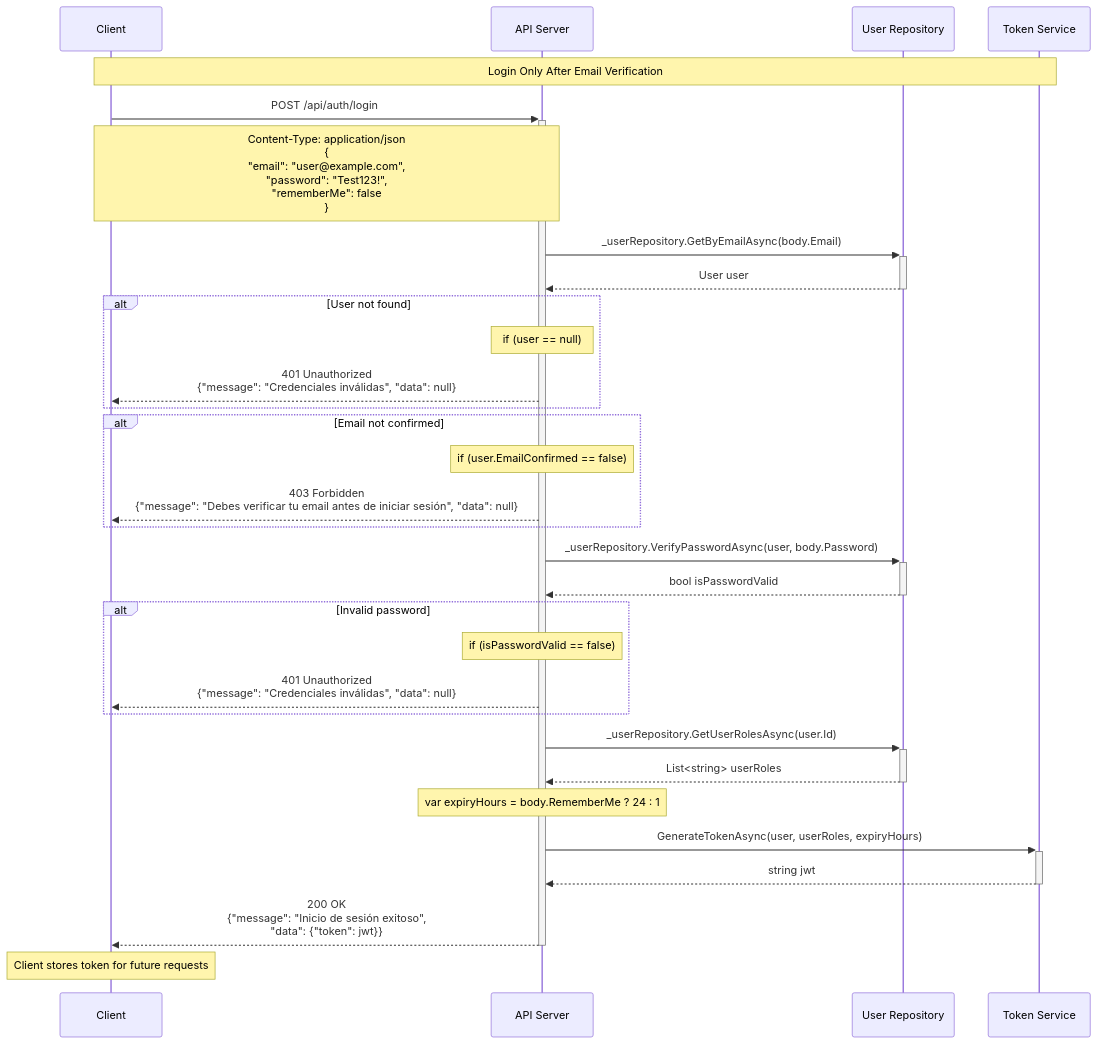
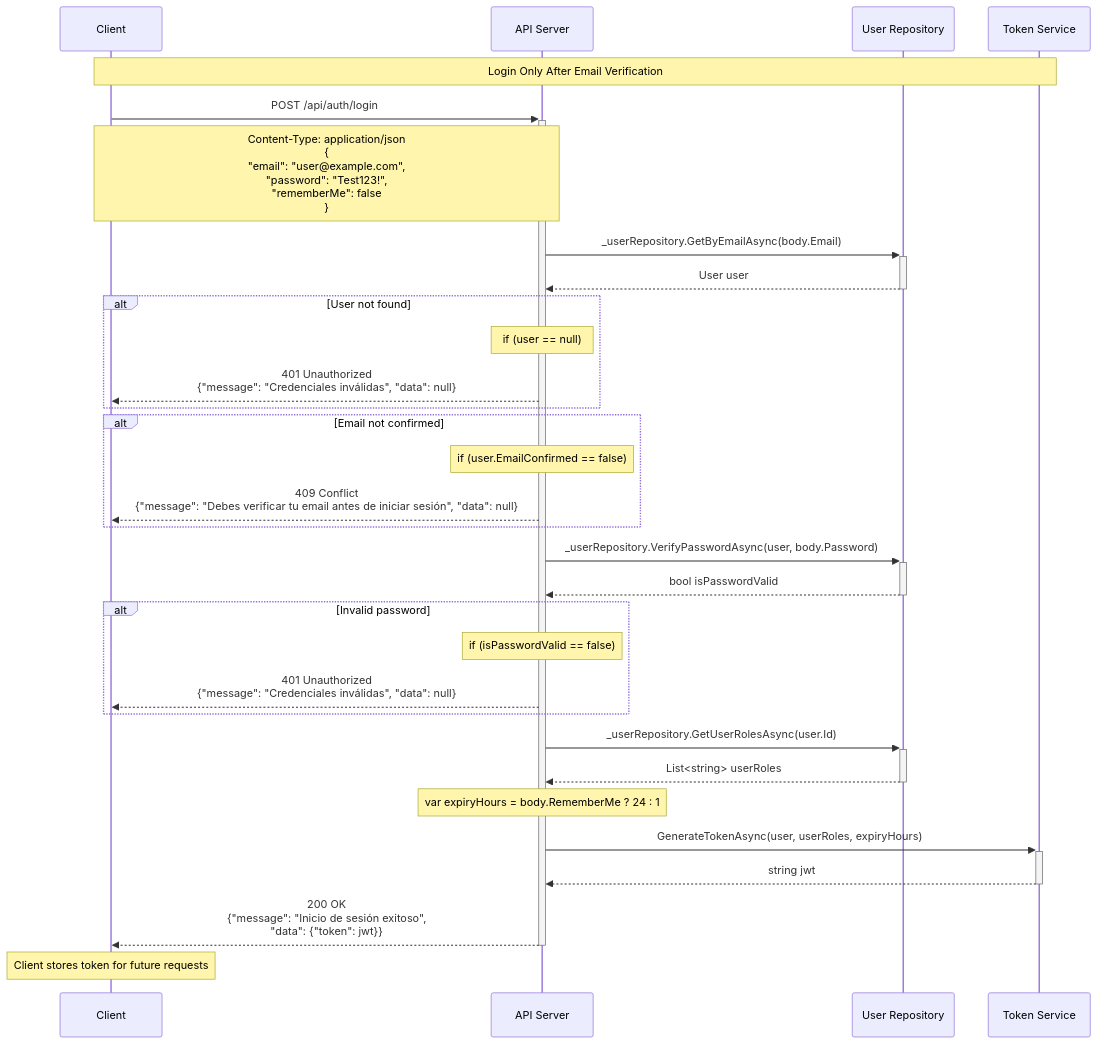
The diagram in Docs/Auth/4_Login.md (JorgeRiveraMancilla/idwm-backend), drawn with Mermaid before and after one commit.

Commit message:
docs(auth): change login response code from 401 to 409 for unverified email

````diff
--- a/Docs/Auth/4_Login.md
+++ b/Docs/Auth/4_Login.md
@@ -1,45 +1,46 @@
 ```mermaid
 sequenceDiagram
     participant C as Client
     participant API as API Server
     participant UR as User Repository
     participant JWT as Token Service
 
     Note over C,JWT: Login Only After Email Verification
 
     C->>+API: POST /api/auth/login
     Note over C,API: Content-Type: application/json<br/>{<br/>"email": "user@example.com",<br/>"password": "Test123!",<br/>"rememberMe": false<br/>}
 
     API->>+UR: _userRepository.GetByEmailAsync(body.Email)
     UR-->>-API: User user
 
     alt User not found
         Note over API: if (user == null)
         API-->>C: 401 Unauthorized<br/>{"message": "Credenciales inválidas", "data": null}
     end
 
     alt Email not confirmed
         Note over API: if (user.EmailConfirmed == false)
-        API-->>C: 403 Forbidden<br/>{"message": "Debes verificar tu email antes de iniciar sesión", "data": null}
+
+        API-->>C: 409 Conflict<br/>{"message": "Debes verificar tu email antes de iniciar sesión", "data": null}
     end
 
     API->>+UR: _userRepository.VerifyPasswordAsync(user, body.Password)
     UR-->>-API: bool isPasswordValid
 
     alt Invalid password
         Note over API: if (isPasswordValid == false)
         API-->>C: 401 Unauthorized<br/>{"message": "Credenciales inválidas", "data": null}
     end
 
     API->>+UR: _userRepository.GetUserRolesAsync(user.Id)
     UR-->>-API: List<string> userRoles
 
     Note over API: var expiryHours = body.RememberMe ? 24 : 1
 
     API->>+JWT: GenerateTokenAsync(user, userRoles, expiryHours)
     JWT-->>-API: string jwt
 
     API-->>-C: 200 OK<br/>{"message": "Inicio de sesión exitoso",<br/>"data": {"token": jwt}}
 
     Note over C: Client stores token for future requests
 ```
````
